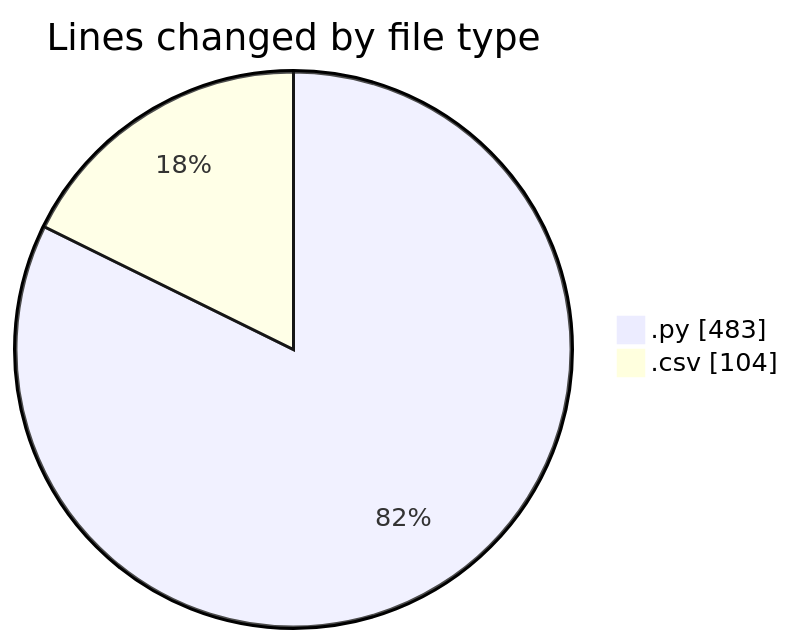
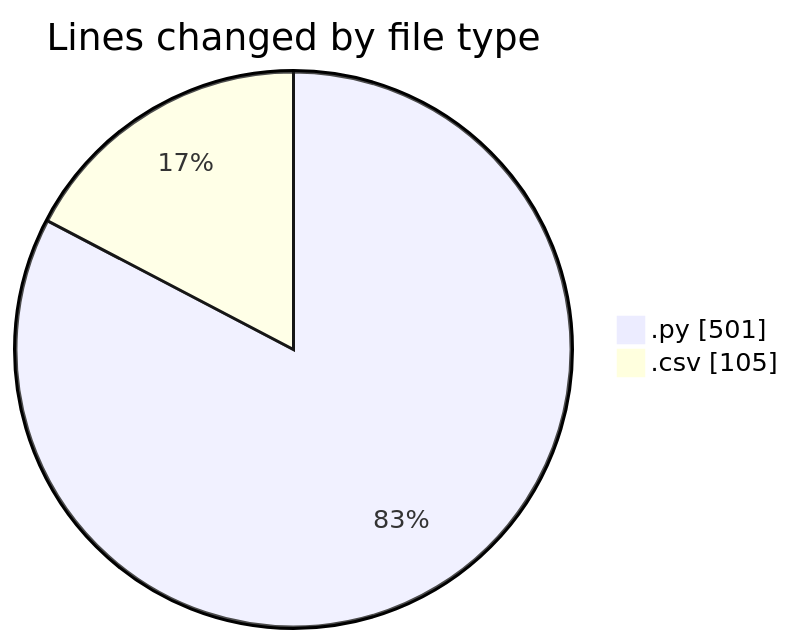
The first of 2 diagrams in 2025-05-04/myws__workspace_/README.md (MatusMokan/code-tracking), drawn with Mermaid before and after one commit. The commit also changed other lines of this file and 1 other file, not shown here.

````diff
--- a/2025-05-04/myws__workspace_/README.md
+++ b/2025-05-04/myws__workspace_/README.md
@@ -23,6 +23,6 @@
 ```mermaid
 pie showData
 title Lines changed by file type
-".py" : 483
-".csv" : 104
+".py" : 501
+".csv" : 105
 ```
````
